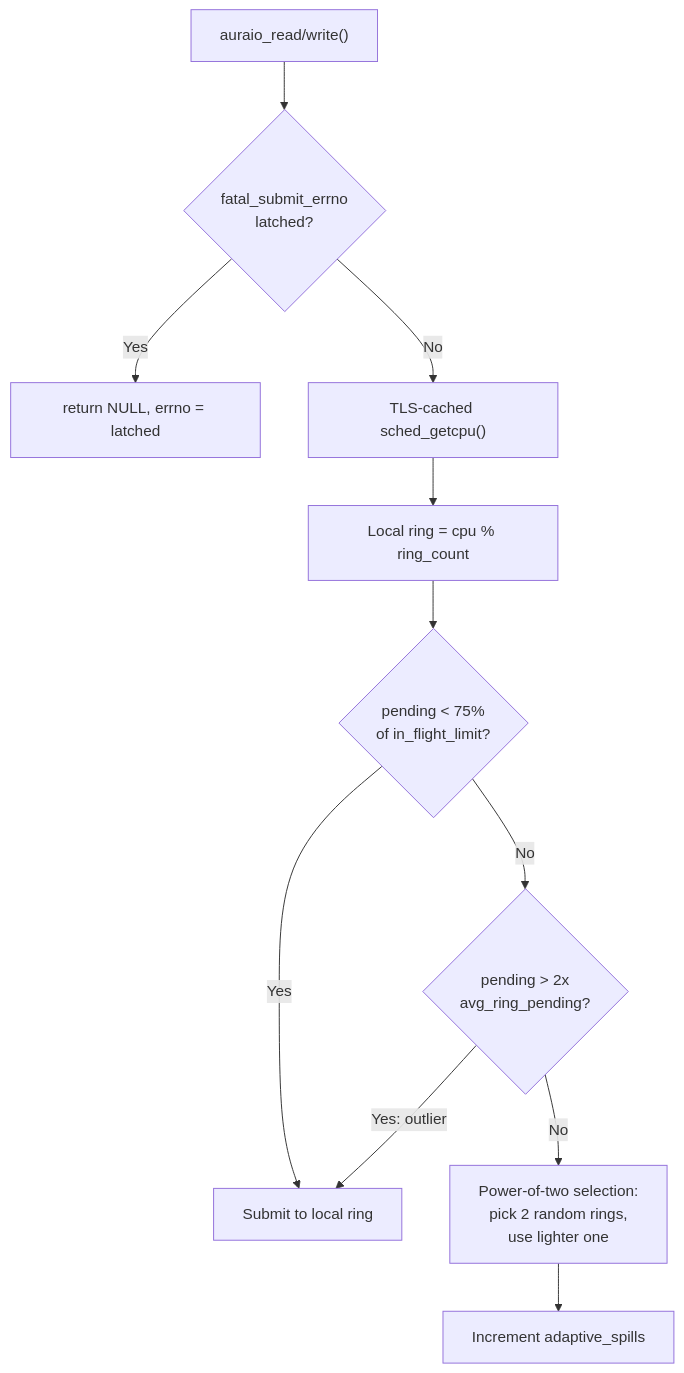
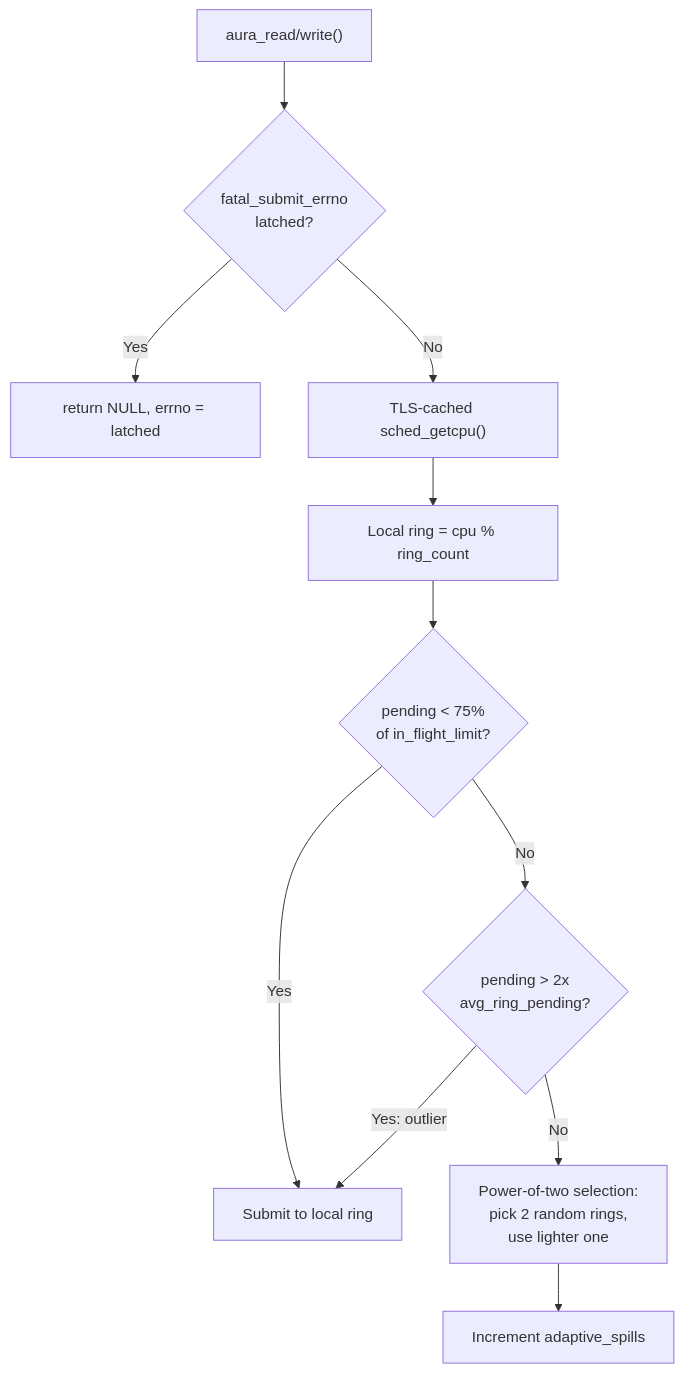
Before and after one commit to Par-B/AuraIO: the fifth of 5 diagrams in docs/CODEBASE_MAP.md, drawn with Mermaid. The commit also changed other lines of this file and 156 other files, not shown here.

First line of the commit message:
rename: auraio_ → aura_ prefix across entire API

````diff
--- a/docs/CODEBASE_MAP.md
+++ b/docs/CODEBASE_MAP.md
@@ -876,21 +1025,21 @@
 ```mermaid
 flowchart TD
-    Submit["auraio_read/write()"]
+    Submit["aura_read/write()"]
     Fatal{"fatal_submit_errno\nlatched?"}
     Fail["return NULL, errno = latched"]
     CPU["TLS-cached sched_getcpu()"]
     Local["Local ring = cpu % ring_count"]
     Gate1{"pending < 75%\nof in_flight_limit?"}
     Gate2{"pending > 2x\navg_ring_pending?"}
     Stay["Submit to local ring"]
     Spill["Power-of-two selection:\npick 2 random rings,\nuse lighter one"]
     Incr["Increment adaptive_spills"]
 
     Submit --> Fatal
     Fatal -->|Yes| Fail
     Fatal -->|No| CPU --> Local --> Gate1
     Gate1 -->|Yes| Stay
     Gate1 -->|No| Gate2
     Gate2 -->|Yes: outlier| Stay
     Gate2 -->|No| Spill --> Incr
 ```
````
